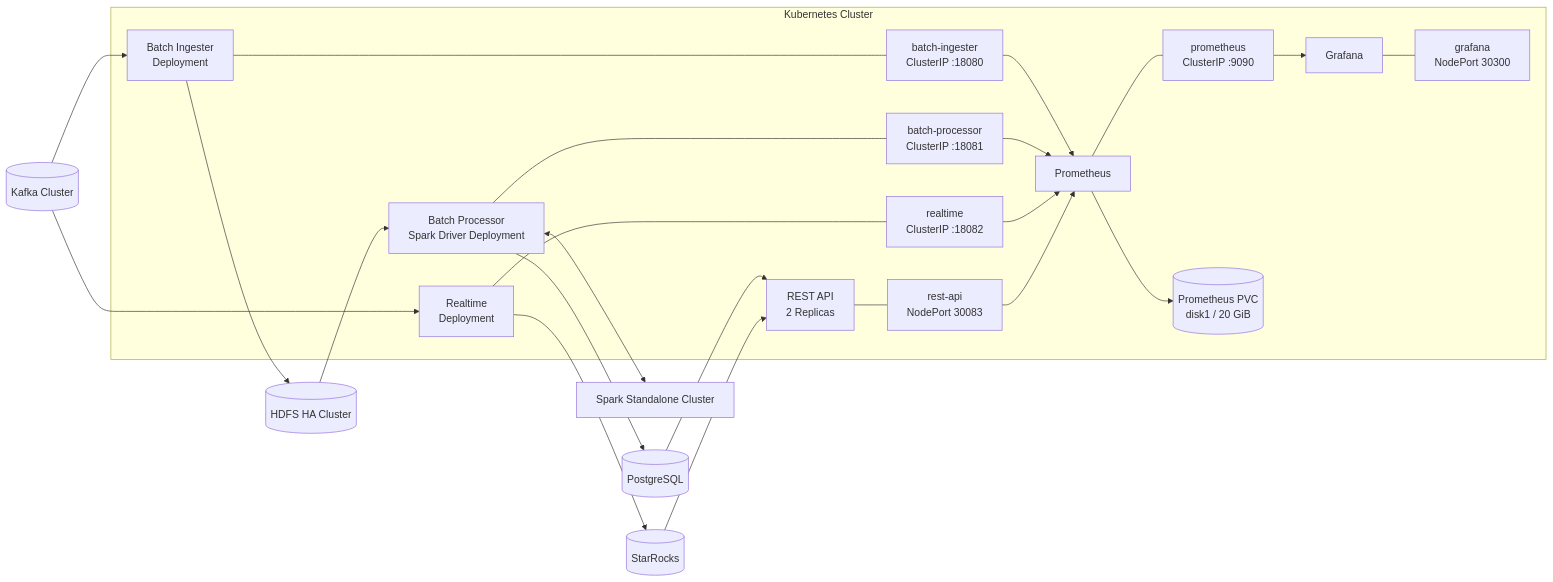
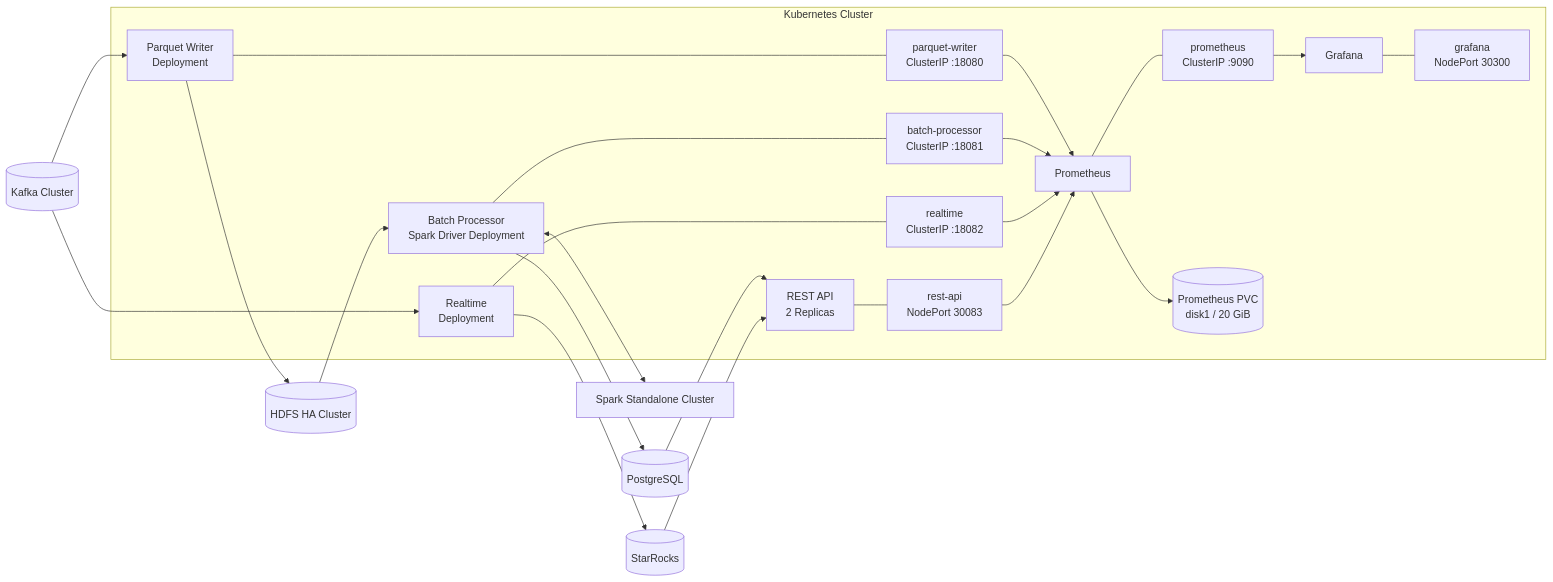
The first of 5 diagrams in docs/technical-report/week5/kubernetes-cluster.md (MahdyMokh7/distributed-netflow-analytics-platform), drawn with Mermaid before and after one commit. The commit also changed other lines of this file and 116 other files, not shown here.

First line of the commit message:
refactor(parquet-writer): rename module and topic

````diff
--- a/docs/technical-report/week5/kubernetes-cluster.md
+++ b/docs/technical-report/week5/kubernetes-cluster.md
@@ -24,56 +24,56 @@
 ```mermaid
 flowchart LR
     Kafka[(Kafka Cluster)]
 
     subgraph Kubernetes["Kubernetes Cluster"]
-        BI["Batch Ingester<br/>Deployment"]
+        BI["Parquet Writer<br/>Deployment"]
         BP["Batch Processor<br/>Spark Driver Deployment"]
         RT["Realtime<br/>Deployment"]
         API["REST API<br/>2 Replicas"]
 
         PROM["Prometheus"]
         GRAF["Grafana"]
 
-        BISVC["batch-ingester<br/>ClusterIP :18080"]
+        BISVC["parquet-writer<br/>ClusterIP :18080"]
         BPSVC["batch-processor<br/>ClusterIP :18081"]
         RTSVC["realtime<br/>ClusterIP :18082"]
         APISVC["rest-api<br/>NodePort 30083"]
         PROMSVC["prometheus<br/>ClusterIP :9090"]
         GRAFSVC["grafana<br/>NodePort 30300"]
 
         PVC[("Prometheus PVC<br/>disk1 / 20 GiB")]
     end
 
     HDFS[(HDFS HA Cluster)]
     SPARK["Spark Standalone Cluster"]
     PG[(PostgreSQL)]
     SR[(StarRocks)]
 
     Kafka --> BI
     BI --> HDFS
 
     HDFS --> BP
     BP <--> SPARK
     BP --> PG
 
     Kafka --> RT
     RT --> SR
 
     PG --> API
     SR --> API
 
     BI --- BISVC
     BP --- BPSVC
     RT --- RTSVC
     API --- APISVC
 
     BISVC --> PROM
     BPSVC --> PROM
     RTSVC --> PROM
     APISVC --> PROM
 
     PROM --- PROMSVC
     PROM --> PVC
     PROMSVC --> GRAF
     GRAF --- GRAFSVC
 ```
````
